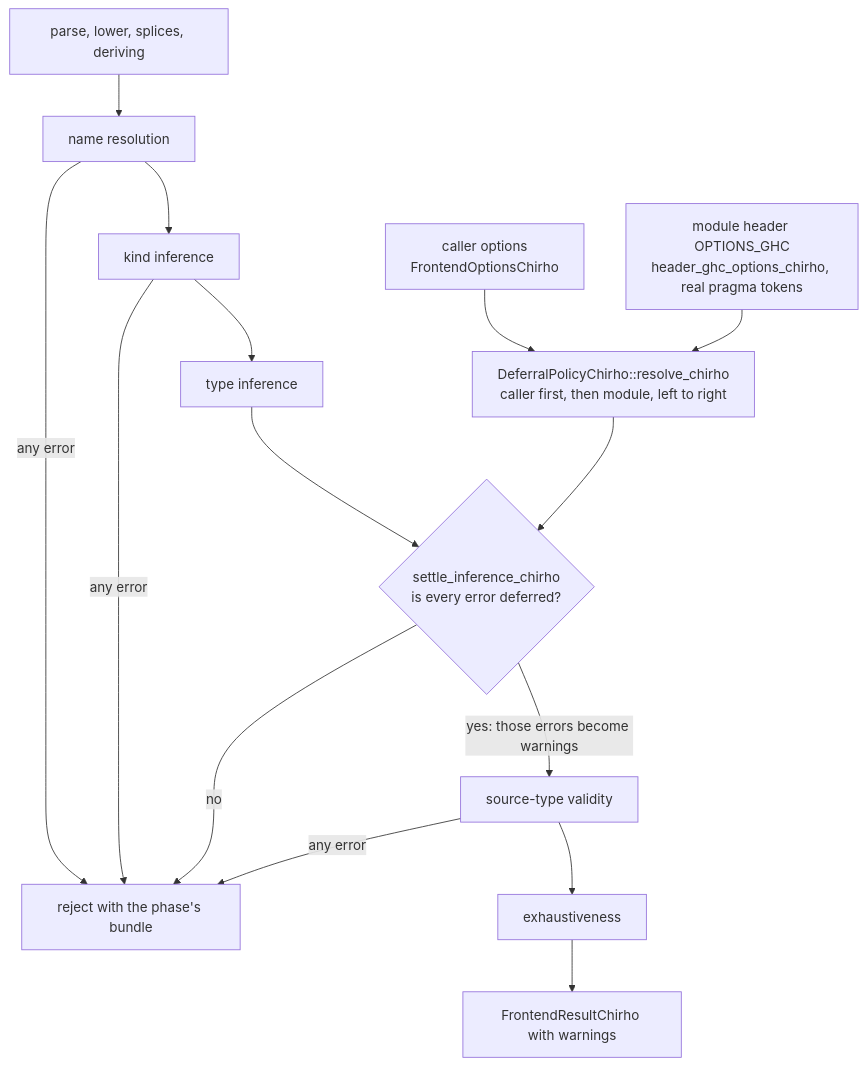
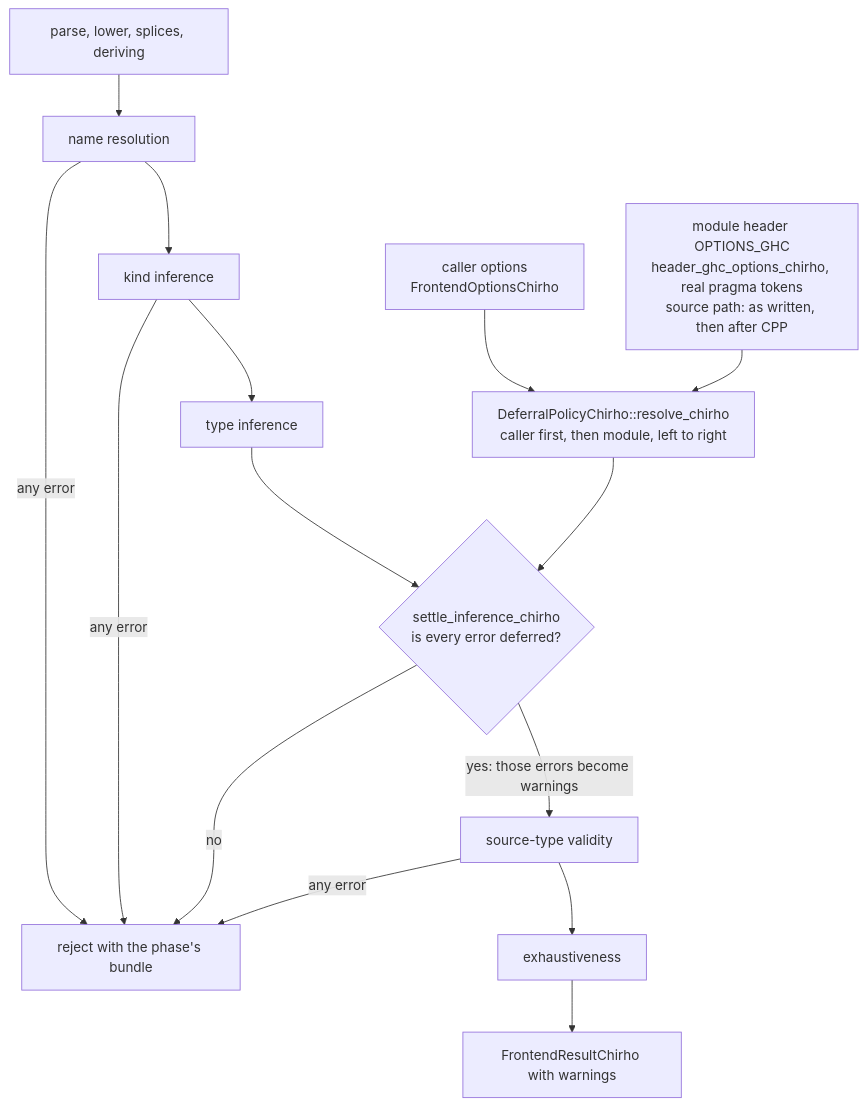
The diagram in spec-chirho/workflows-chirho/compiler-pipeline-chirho/error-deferral-chirho.md (loveJesus/haskelujah-chirho), drawn with Mermaid before and after one commit. The commit also changed other lines of this file and 7 other files, not shown here.

First line of the commit message:
fix(typing,driver): fatal codes for the last non-solver sites; source header before CPP (row 695)

````diff
--- a/spec-chirho/workflows-chirho/compiler-pipeline-chirho/error-deferral-chirho.md
+++ b/spec-chirho/workflows-chirho/compiler-pipeline-chirho/error-deferral-chirho.md
@@ -7,17 +7,17 @@
 ```mermaid
 flowchart TD
     caller_chirho["caller options<br/>FrontendOptionsChirho"] --> policy_chirho
-    header_chirho["module header OPTIONS_GHC<br/>header_ghc_options_chirho, real pragma tokens"] --> policy_chirho
+    header_chirho["module header OPTIONS_GHC<br/>header_ghc_options_chirho, real pragma tokens<br/>source path: as written, then after CPP"] --> policy_chirho
     policy_chirho["DeferralPolicyChirho::resolve_chirho<br/>caller first, then module, left to right"]
     parse_chirho["parse, lower, splices, deriving"] --> resolve_chirho["name resolution"]
     resolve_chirho -->|any error| stop_chirho["reject with the phase's bundle"]
     resolve_chirho --> kind_chirho["kind inference"]
     kind_chirho -->|any error| stop_chirho
     kind_chirho --> infer_chirho["type inference"]
     infer_chirho --> settle_chirho{"settle_inference_chirho<br/>is every error deferred?"}
     policy_chirho --> settle_chirho
     settle_chirho -->|no| stop_chirho
     settle_chirho -->|yes: those errors become warnings| validity_chirho["source-type validity"]
     validity_chirho -->|any error| stop_chirho
     validity_chirho --> exhaust_chirho["exhaustiveness"] --> result_chirho["FrontendResultChirho with warnings"]
 ```
````
